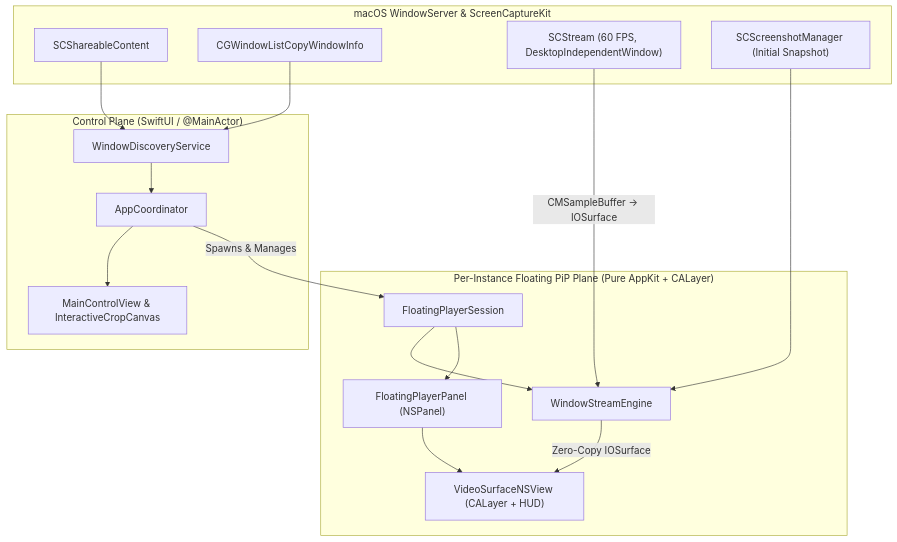
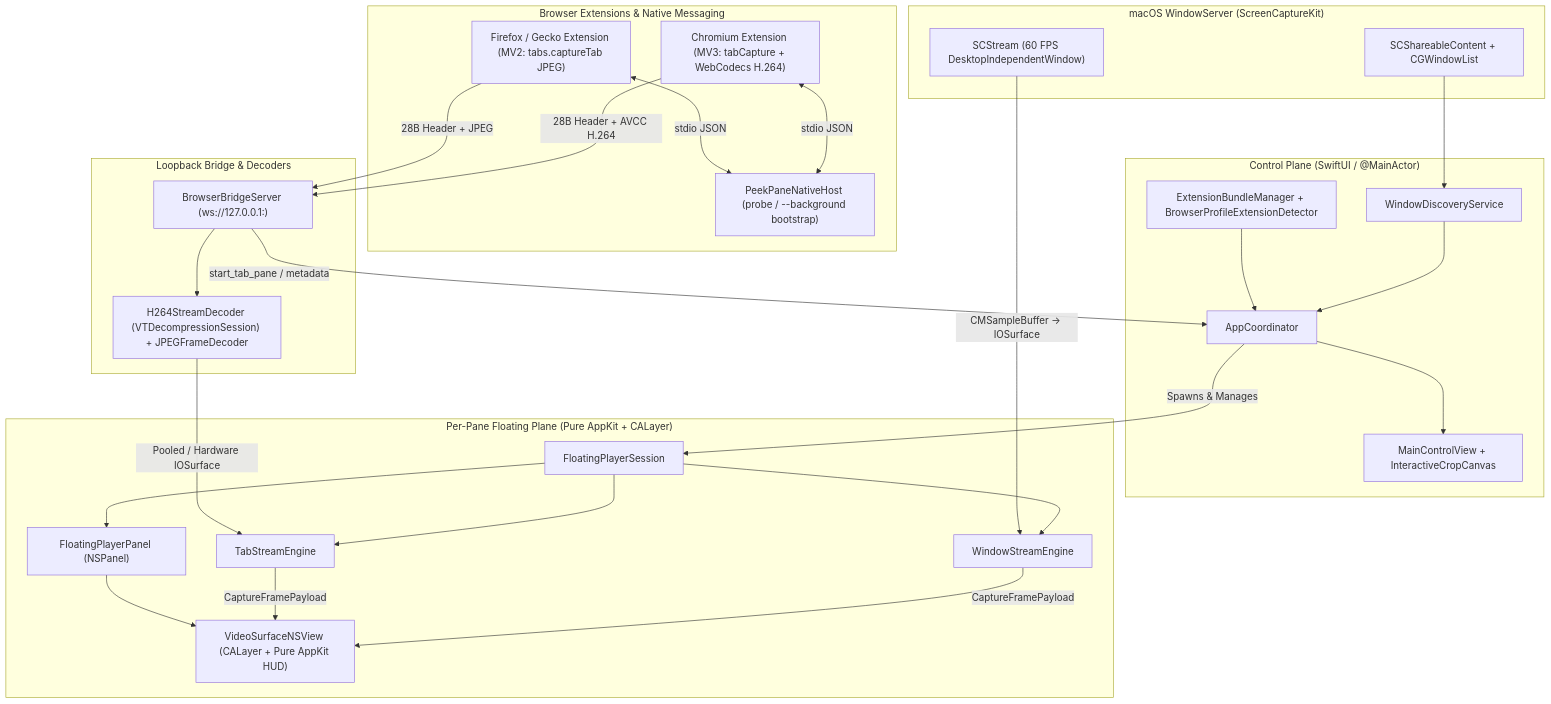
The first of 2 diagrams in ARCHITECTURE.md (rituraj22/PeekPane), drawn with Mermaid before and after one commit. The commit also changed other lines of this file and 43 other files, not shown here.

Commit message:
Release PeekPane v2.0: Firefox & Gecko browser tab bridge, dev/prod isolation & extension v1.1

````diff
--- a/ARCHITECTURE.md
+++ b/ARCHITECTURE.md
@@ -13,34 +16,53 @@
 ```mermaid
 flowchart TD
-    subgraph macOS["macOS WindowServer & ScreenCaptureKit"]
-        SCContent["SCShareableContent"]
-        CGWin["CGWindowListCopyWindowInfo"]
-        SCStream["SCStream (60 FPS, DesktopIndependentWindow)"]
-        SCScreen["SCScreenshotManager (Initial Snapshot)"]
+    subgraph macOS["macOS WindowServer (ScreenCaptureKit)"]
+        SCContent["SCShareableContent + CGWindowList"]
+        SCStream["SCStream (60 FPS DesktopIndependentWindow)"]
+    end
+
+    subgraph Browsers["Browser Extensions & Native Messaging"]
+        ChromeExt["Chromium Extension (MV3: tabCapture + WebCodecs H.264)"]
+        GeckoExt["Firefox / Gecko Extension (MV2: tabs.captureTab JPEG)"]
+        NativeHost["PeekPaneNativeHost (probe / --background bootstrap)"]
+    end
+
+    subgraph Bridge["Loopback Bridge & Decoders"]
+        WSServer["BrowserBridgeServer (ws://127.0.0.1:<port>)"]
+        Decoder["H264StreamDecoder (VTDecompressionSession) + JPEGFrameDecoder"]
     end
 
     subgraph ControlPlane["Control Plane (SwiftUI / @MainActor)"]
         Discovery["WindowDiscoveryService"]
+        ExtMgr["ExtensionBundleManager + BrowserProfileExtensionDetector"]
         Coord["AppCoordinator"]
-        MainUI["MainControlView & InteractiveCropCanvas"]
+        MainUI["MainControlView + InteractiveCropCanvas"]
     end
 
-    subgraph FloatingPlane["Per-Instance Floating PiP Plane (Pure AppKit + CALayer)"]
+    subgraph FloatingPlane["Per-Pane Floating Plane (Pure AppKit + CALayer)"]
         Session["FloatingPlayerSession"]
-        Engine["WindowStreamEngine"]
+        WinEngine["WindowStreamEngine"]
+        TabEngine["TabStreamEngine"]
         Panel["FloatingPlayerPanel (NSPanel)"]
-        Surface["VideoSurfaceNSView (CALayer + HUD)"]
+        Surface["VideoSurfaceNSView (CALayer + Pure AppKit HUD)"]
     end
 
     SCContent --> Discovery
-    CGWin --> Discovery
     Discovery --> Coord
+    ExtMgr --> Coord
     Coord --> MainUI
+    ChromeExt <-->|stdio JSON| NativeHost
+    GeckoExt <-->|stdio JSON| NativeHost
+    ChromeExt -->|28B Header + AVCC H.264| WSServer
+    GeckoExt -->|28B Header + JPEG| WSServer
+    WSServer --> Decoder
+    WSServer -->|start_tab_pane / metadata| Coord
     Coord -->|Spawns & Manages| Session
-    Session --> Engine
-    SCScreen --> Engine
-    SCStream -->|CMSampleBuffer -> IOSurface| Engine
-    Engine -->|Zero-Copy IOSurface| Surface
+    Session --> WinEngine
+    Session --> TabEngine
+    SCStream -->|CMSampleBuffer -> IOSurface| WinEngine
+    Decoder -->|Pooled / Hardware IOSurface| TabEngine
+    WinEngine -->|CaptureFramePayload| Surface
+    TabEngine -->|CaptureFramePayload| Surface
     Session --> Panel
     Panel --> Surface
 ```
````
